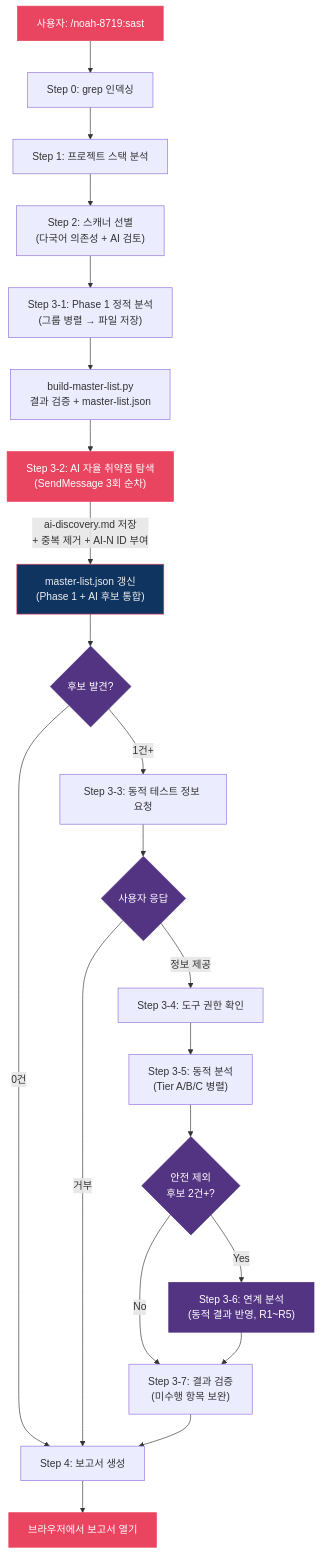
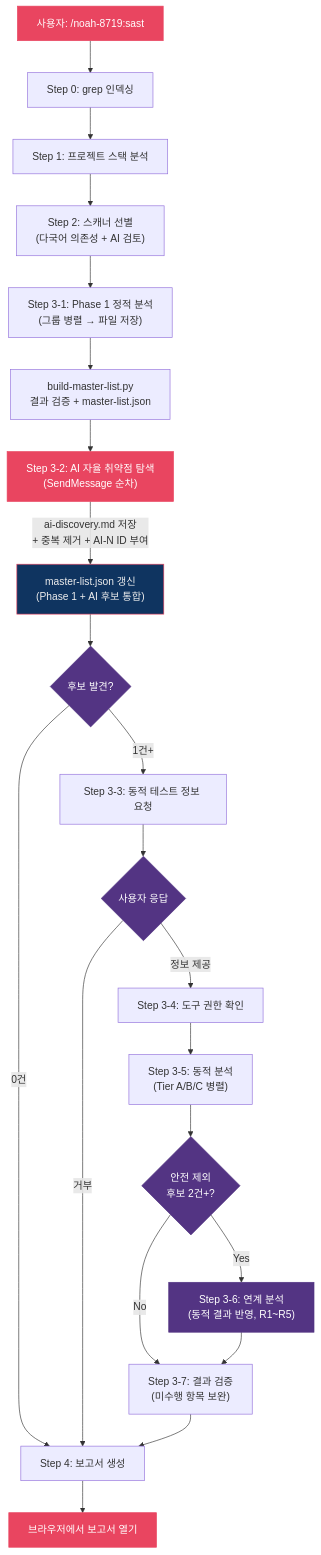
One commit to nomarlhack/noah-sast changed the fifth of 5 diagrams in README.md. Above: the diagram before and after it, drawn with Mermaid. The commit also changed other lines of this file and 1 other file, not shown here.

First line of the commit message:
refactor: 프롬프트 3과 파일 저장 지시를 별도 SendMessage로 분리

````diff
--- a/README.md
+++ b/README.md
@@ -664,32 +665,32 @@
 ```mermaid
 flowchart TD
     User["사용자: /noah-8719:sast"] --> S0["Step 0: grep 인덱싱"]
     S0 --> S1["Step 1: 프로젝트 스택 분석"]
     S1 --> S2["Step 2: 스캐너 선별\n(다국어 의존성 + AI 검토)"]
     S2 --> S3["Step 3-1: Phase 1 정적 분석\n(그룹 병렬 → 파일 저장)"]
     S3 --> BML2["build-master-list.py\n결과 검증 + master-list.json"]
-    BML2 --> AI["Step 3-2: AI 자율 취약점 탐색\n(SendMessage 3회 순차)"]
+    BML2 --> AI["Step 3-2: AI 자율 취약점 탐색\n(SendMessage 순차)"]
     AI -->|"ai-discovery.md 저장\n+ 중복 제거 + AI-N ID 부여"| MLUpdate2["master-list.json 갱신\n(Phase 1 + AI 후보 통합)"]
     MLUpdate2 --> Check{후보 발견?}
     Check -->|0건| S4["Step 4: 보고서 생성"]
     Check -->|1건+| Ask["Step 3-3: 동적 테스트 정보 요청"]
     Ask --> UserReply{사용자 응답}
     UserReply -->|정보 제공| Perm["Step 3-4: 도구 권한 확인"]
     UserReply -->|거부| S4
     Perm --> Dynamic["Step 3-5: 동적 분석\n(Tier A/B/C 병렬)"]
     Dynamic --> ChainCheck{"안전 제외\n후보 2건+?"}
     ChainCheck -->|Yes| Chain["Step 3-6: 연계 분석\n(동적 결과 반영, R1~R5)"]
     ChainCheck -->|No| Verify
     Chain --> Verify["Step 3-7: 결과 검증\n(미수행 항목 보완)"]
     Verify --> S4
     S4 --> Open["브라우저에서 보고서 열기"]
 
     style User fill:#e94560,stroke:#e94560,color:#fff
     style AI fill:#e94560,stroke:#e94560,color:#fff
     style MLUpdate2 fill:#0f3460,stroke:#e94560,color:#eee
     style Chain fill:#533483,stroke:#533483,color:#fff
     style Open fill:#e94560,stroke:#e94560,color:#fff
     style Check fill:#533483,stroke:#533483,color:#fff
     style ChainCheck fill:#533483,stroke:#533483,color:#fff
     style UserReply fill:#533483,stroke:#533483,color:#fff
 ```
````
